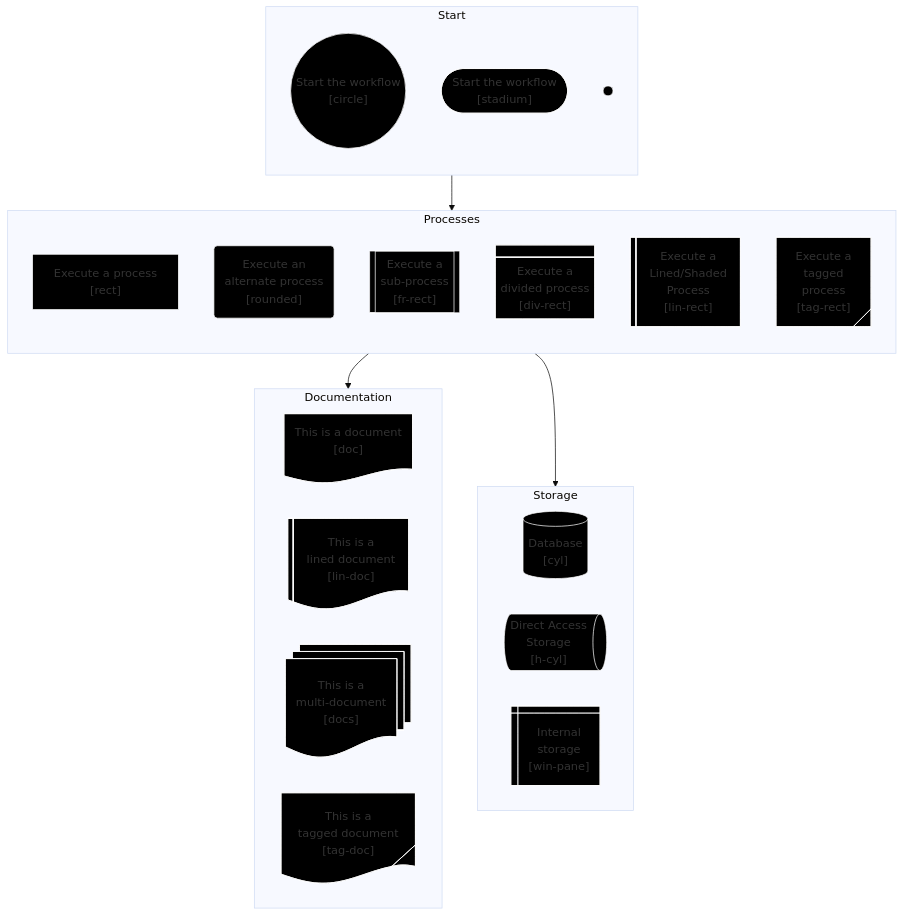
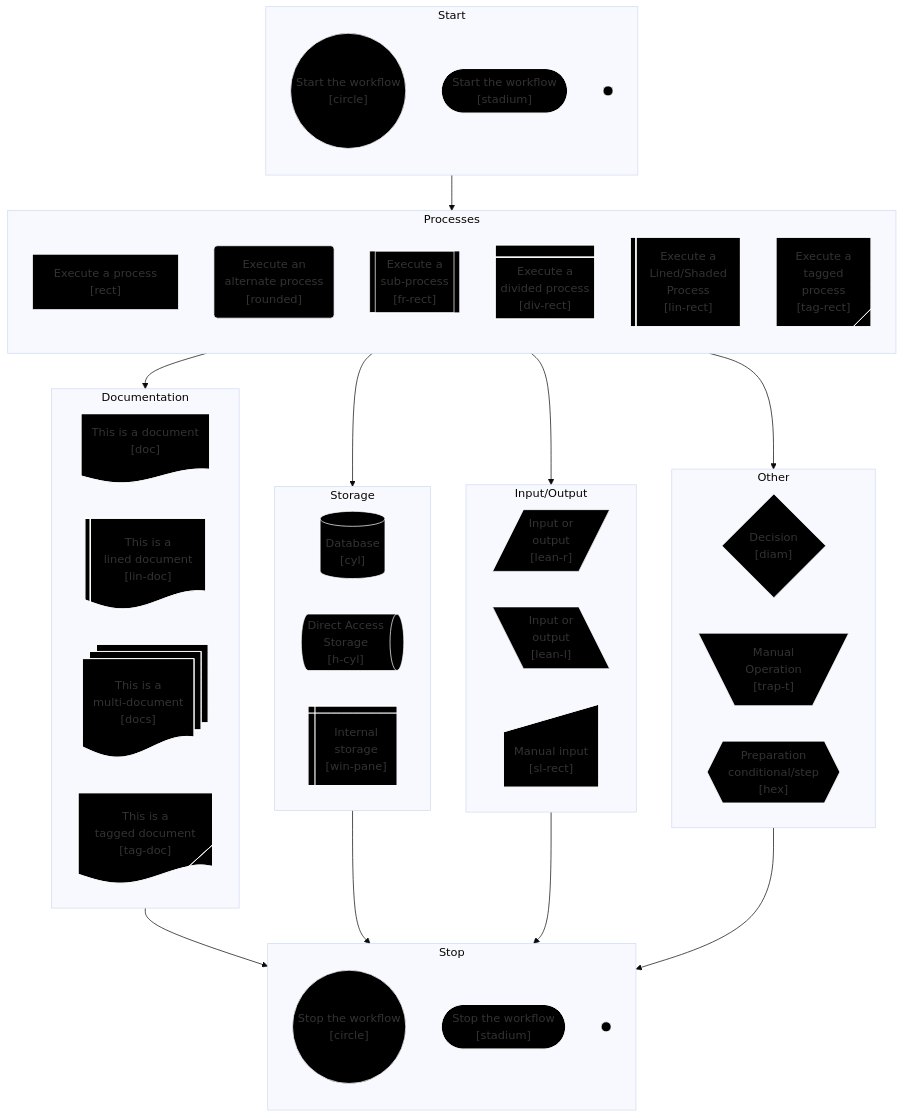
One commit to APrettyCoolProgram/aprettycoolprogram changed the first of 3 diagrams in profile/mermaid/mermaid-shapes.md. Above: the diagram before and after it, drawn with Mermaid (base theme). The commit also changed other lines of this file, not shown here.

````diff
--- a/profile/mermaid/mermaid-shapes.md
+++ b/profile/mermaid/mermaid-shapes.md
@@ -44,31 +43,53 @@
     subgraph StorageWorkflow ["Storage"]
         direction LR
         %% Components
-    Database@{shape: cyl, label: "Database\n[cyl]"}
-    DirectAccessStorage@{shape: h-cyl, label: "Direct Access\nStorage\n[h-cyl]"}
-    InternalStorage@{shape: win-pane, label: "Internal\nstorage\n[win-pane]"}
+        Database@{shape: cyl, label: "Database\n[cyl]"}
+        DirectAccessStorage@{shape: h-cyl, label: "Direct Access\nStorage\n[h-cyl]"}
+        InternalStorage@{shape: win-pane, label: "Internal\nstorage\n[win-pane]"}
         %% Layout : none
         %% Styles : global
     end
 
+    subgraph InputOutputWorkflow ["Input/Output"]
+        direction LR
+        %% Components
+        DataInputOutputRight@{shape: lean-r, label: "Input or\noutput\n[lean-r]"}
+        DataInputOutputLeft@{shape: lean-l, label: "Input or\noutput\n[lean-l]"}
+        ManualInput@{shape: sl-rect, label: "Manual input\n[sl-rect]"}
+        %% Layout : none
+        %% Styles : global
+    end
 
+    subgraph OtherWorkflow ["Other"]
+        direction LR
+        %% Components
+        Decision@{shape: diam, label: "Decision\n[diam]"}
+        ManualOperation@{shape: trap-t, label: "Manual\nOperation\n[trap-t]"}
+        PrepareConditional@{shape: hex, label: "Preparation\nconditional/step\n[hex]"}
+        %% Layout : none
+        %% Styles : global
+    end
 
+    subgraph StopWorkflow ["Stop"]
+        direction TB
+        %% Components
+        Stop@{shape: circle, label: "Stop the workflow\n[circle]"}
+        TerminalStop@{shape: stadium, label: "Stop the workflow\n[stadium]"}
+        StopSmall@{shape: sm-circ, label: "Stop the workflow\n[sm-circ]"}
+        %% Layout : none
+        %% Styles : global
+    end
 
     %% Layout
     StartWorkflow --> ProcessWorkflow
     ProcessWorkflow --> DocumentationWorkflow
     ProcessWorkflow --> StorageWorkflow
-    %%Stop@{shape: dbl-circ, label: "Stop\n[dbl-circ]"}
-    %%StopSmall@{shape: fr-circ, label: "Stop\n[fr-circ]"}
-    %%TerminalPointStop@{shape: stadium, label: "Terminal stop\n[stadium]"}
-
-    %% Layout
-    %%Start --> Processes --> Event --> SubProcess --> TaggedProcess --> DividedProcess --> 
-    %%TerminalPointStart --> Processes
-    %%StartSmall --> Processes
-    %%LinedShadedProcess --> Stop
-    %%LinedShadedProcess --> TerminalPointStop
-    %%LinedShadedProcess --> StopSmall
+    ProcessWorkflow --> InputOutputWorkflow
+    ProcessWorkflow --> OtherWorkflow
+    DocumentationWorkflow --> StopWorkflow
+    StorageWorkflow --> StopWorkflow
+    InputOutputWorkflow --> StopWorkflow
+    OtherWorkflow --> StopWorkflow
     %% Styles
     classDef default fill:#000, stroke:#FFF, stroke-width:1px
 ```
````
